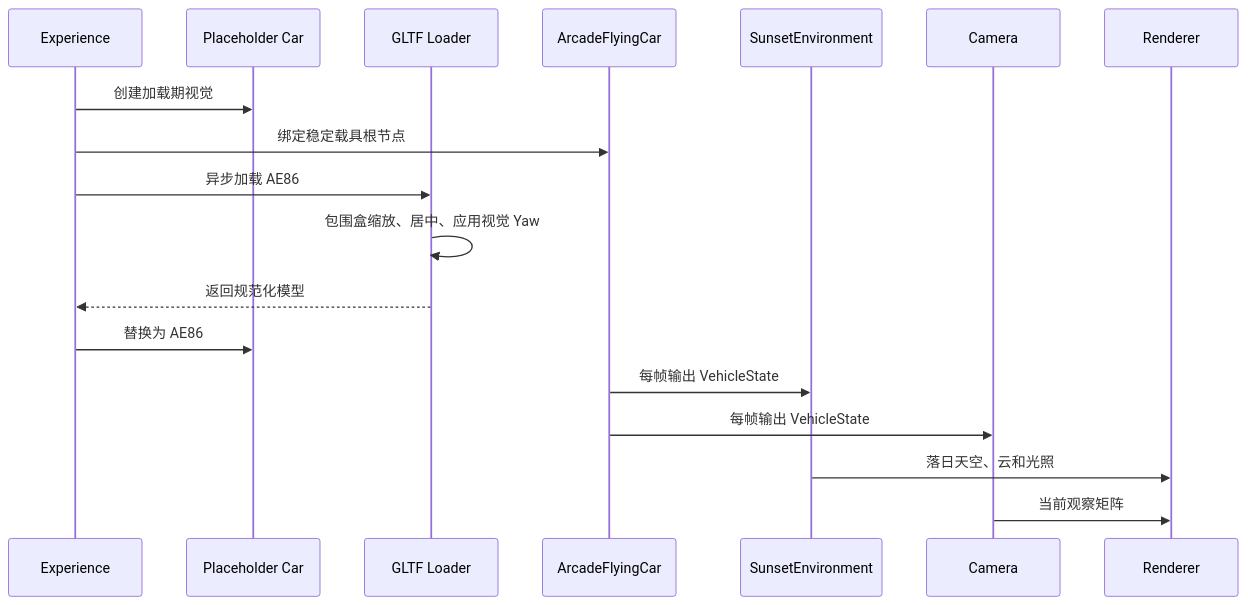
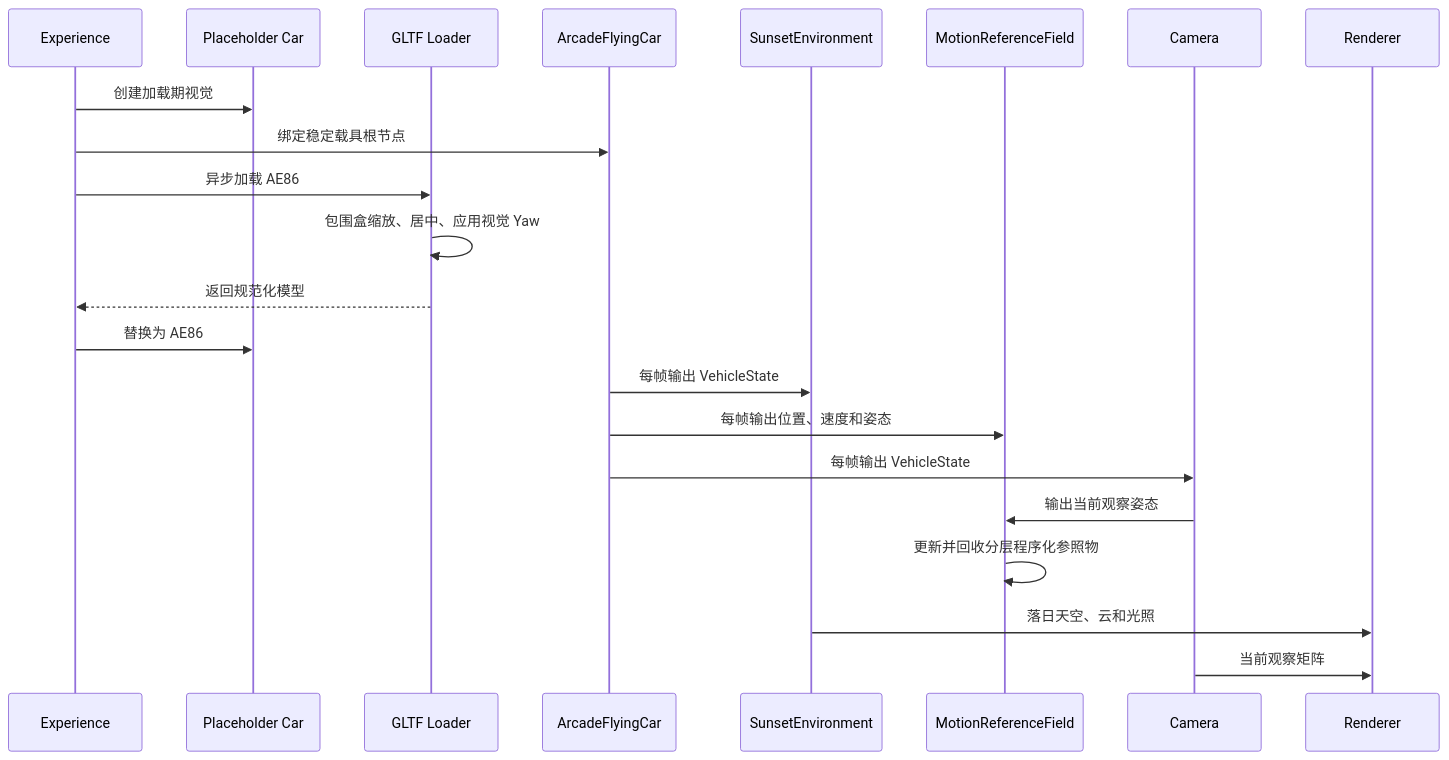
Before and after one commit to 64n-goxutech/shader-roam: the second of 2 diagrams in docs/architecture/sunset-drive/README.md, drawn with Mermaid. The commit also changed other lines of this file and 14 other files, not shown here.

````diff
--- a/docs/architecture/sunset-drive/README.md
+++ b/docs/architecture/sunset-drive/README.md
@@ -71,21 +82,25 @@
 ```mermaid
 sequenceDiagram
     participant Experience
     participant Fallback as Placeholder Car
     participant Loader as GLTF Loader
     participant Car as ArcadeFlyingCar
     participant Env as SunsetEnvironment
+    participant Motion as MotionReferenceField
     participant Camera
     participant Renderer
 
     Experience->>Fallback: 创建加载期视觉
     Experience->>Car: 绑定稳定载具根节点
     Experience->>Loader: 异步加载 AE86
     Loader->>Loader: 包围盒缩放、居中、应用视觉 Yaw
     Loader-->>Experience: 返回规范化模型
     Experience->>Fallback: 替换为 AE86
     Car->>Env: 每帧输出 VehicleState
+    Car->>Motion: 每帧输出位置、速度和姿态
     Car->>Camera: 每帧输出 VehicleState
+    Camera->>Motion: 输出当前观察姿态
+    Motion->>Motion: 更新并回收分层程序化参照物
     Env->>Renderer: 落日天空、云和光照
     Camera->>Renderer: 当前观察矩阵
 ```
````
